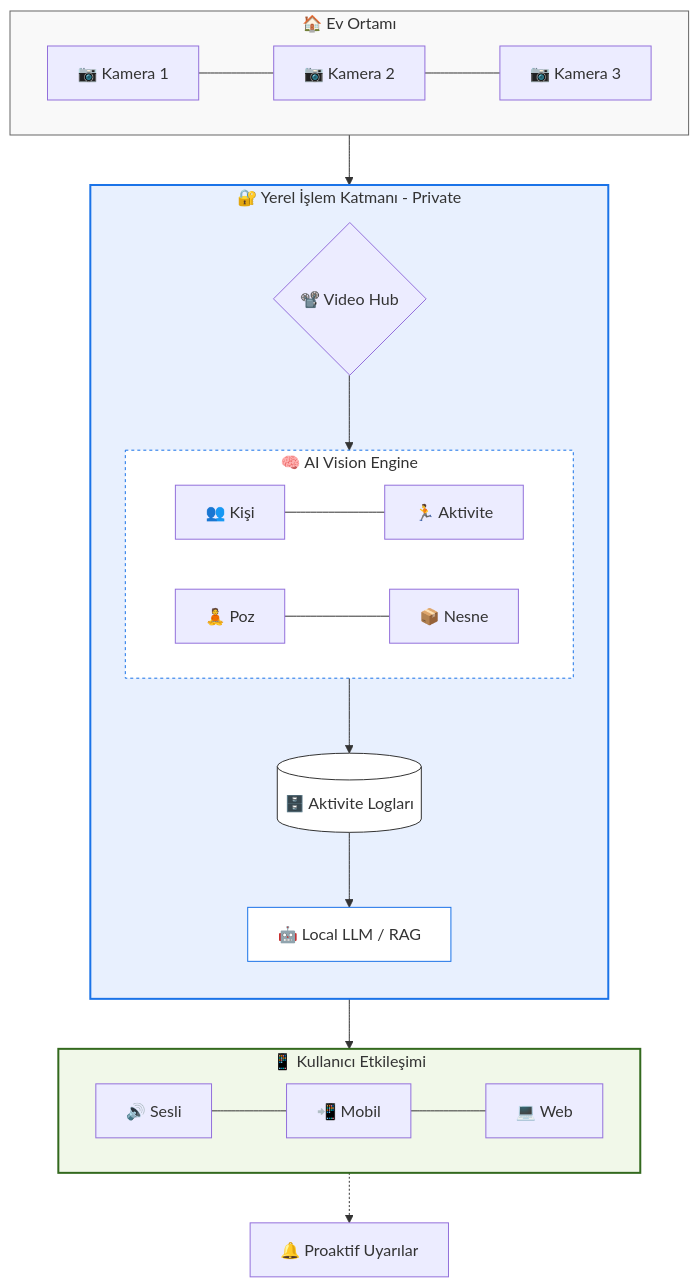
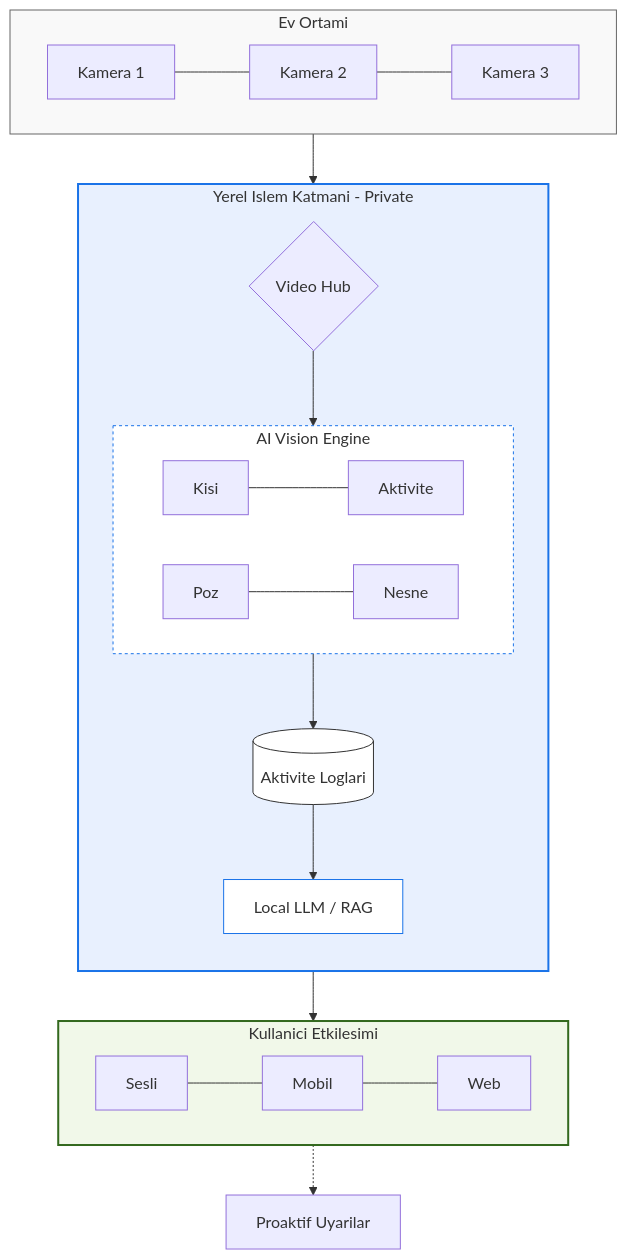
Before and after one commit to fastfingertips/idea.homevision-ai: the diagram in README.md, drawn with Mermaid.

Commit message:
style: remove emojis from diagram

````diff
--- a/README.md
+++ b/README.md
@@ -124,37 +124,37 @@
 ```mermaid
 graph TD
-    subgraph Home [🏠 Ev Ortamı]
-        C1[📷 Kamera 1] --- C2[📷 Kamera 2] --- C3[📷 Kamera 3]
+    subgraph Home [Ev Ortami]
+        C1[Kamera 1] --- C2[Kamera 2] --- C3[Kamera 3]
     end
 
-    Home --> Hub{📽️ Video Hub}
+    Home --> Hub{Video Hub}
 
-    subgraph Local_Server [🔐 Yerel İşlem Katmanı - Private]
+    subgraph Local_Server [Yerel Islem Katmani - Private]
         direction TB
         Hub --> AI_Engine
-        subgraph AI_Engine [🧠 AI Vision Engine]
+        subgraph AI_Engine [AI Vision Engine]
             direction LR
-            PD[👥 Kişi] --- AR[🏃 Aktivite] 
-            PE[🧘 Poz] --- OD[📦 Nesne]
+            PD[Kisi] --- AR[Aktivite] 
+            PE[Poz] --- OD[Nesne]
         end
-        AI_Engine --> DB[(🗄️ Aktivite Logları)]
-        DB --> LLM[🤖 Local LLM / RAG]
+        AI_Engine --> DB[(Aktivite Loglari)]
+        DB --> LLM[Local LLM / RAG]
     end
 
     LLM --> UI_Layer
 
-    subgraph UI_Layer [📱 Kullanıcı Etkileşimi]
+    subgraph UI_Layer [Kullanici Etkilesimi]
         direction LR
-        Voice[🔊 Sesli] --- Mobile[📲 Mobil] --- Web[💻 Web]
+        Voice[Sesli] --- Mobile[Mobil] --- Web[Web]
     end
     
-    Voice -.-> Alerts[🔔 Proaktif Uyarılar]
+    Voice -.-> Alerts[Proaktif Uyarilar]
 
     %% Styling
     style Home fill:#f9f9f9,stroke:#666,stroke-width:1px
     style Local_Server fill:#e8f0fe,stroke:#1a73e8,stroke-width:2px
     style AI_Engine fill:#fff,stroke:#1a73e8,stroke-dasharray: 3 3
     style UI_Layer fill:#f1f8e9,stroke:#33691e,stroke-width:2px
     style DB fill:#fff,stroke:#333
     style LLM fill:#fff,stroke:#1a73e8
 ```
````
